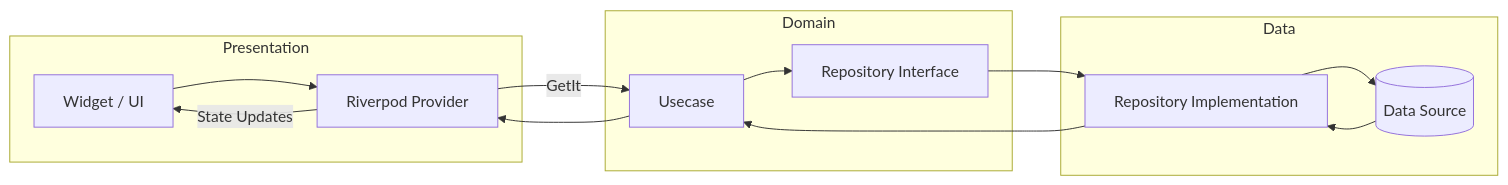
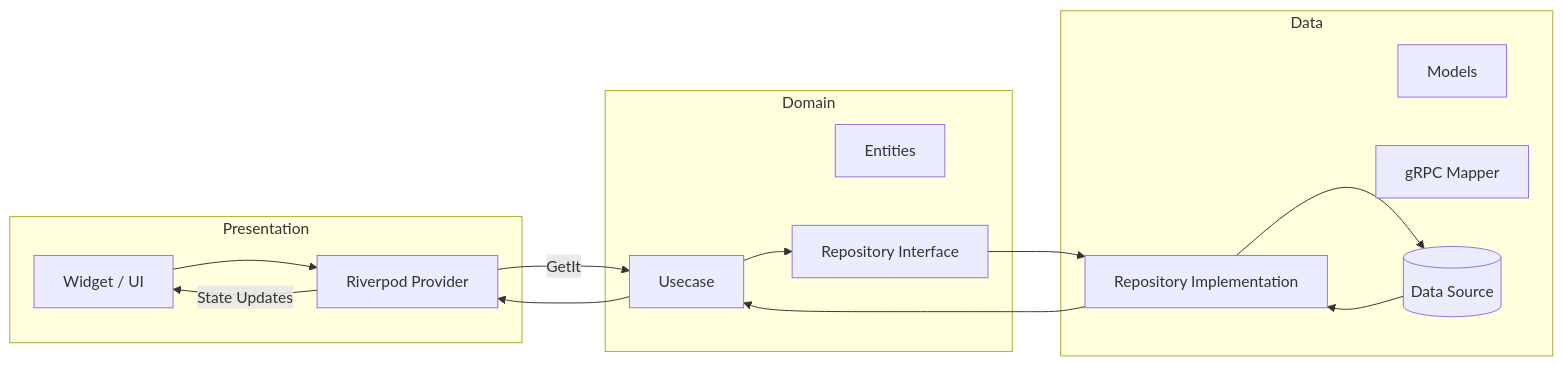
Before and after one commit to KoreanTuna/Payment-Demo: the second of 2 diagrams in README.md, drawn with Mermaid. The commit also changed other lines of this file, not shown here.

````diff
--- a/README.md
+++ b/README.md
@@ -64,25 +65,28 @@
 ```mermaid
 flowchart LR
     subgraph Presentation
         UI[Widget / UI]
         Provider[Riverpod Provider]
     end
     subgraph Domain
         Usecase[Usecase]
+        Entities[Entities]
         RepositoryInterface[Repository Interface]
     end
     subgraph Data
         RepositoryImpl[Repository Implementation]
+        Models[Models]
+        gRPCMapper[gRPC Mapper]
         DataSource[(Data Source)]
     end
 
     UI --> Provider
     Provider --> |GetIt| Usecase
     Usecase --> RepositoryInterface
     RepositoryInterface --> RepositoryImpl
     RepositoryImpl --> DataSource
     DataSource --> RepositoryImpl
     RepositoryImpl --> Usecase
     Usecase --> Provider
     Provider --> |State Updates| UI
 ```
````
